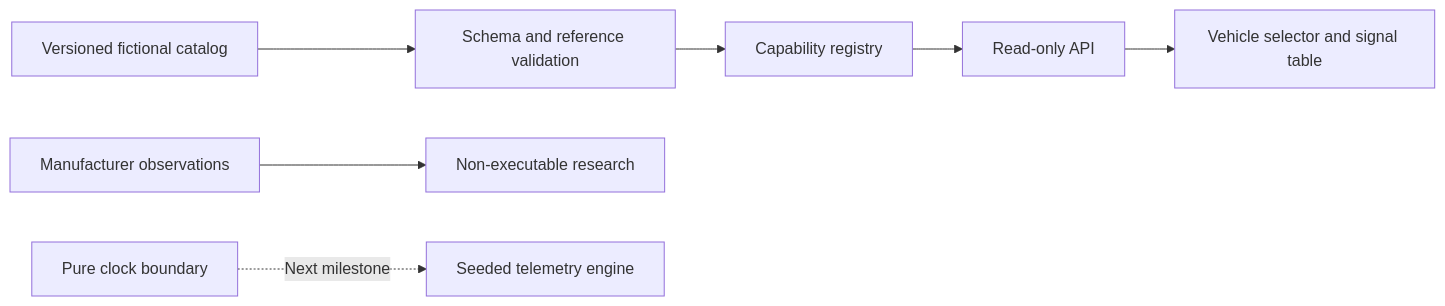
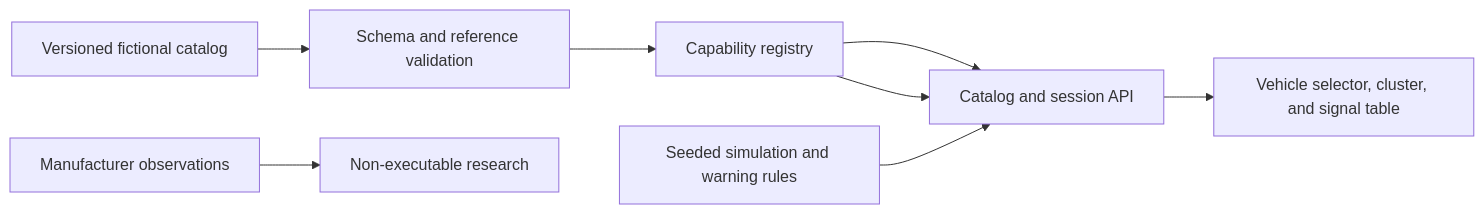
One commit to HJXCODE-810/AutoMate-AI-native-automotive-intelligence changed the diagram in README.md. Above: the diagram before and after it, drawn with Mermaid. The commit also changed other lines of this file and 19 other files, not shown here.

Commit message:
Add deterministic vehicle simulation sessions

````diff
--- a/README.md
+++ b/README.md
@@ -56,9 +56,10 @@
 ```mermaid
 flowchart LR
   Seed[Versioned fictional catalog] --> Validation[Schema and reference validation]
   Validation --> Registry[Capability registry]
-  Registry --> API[Read-only API]
-  API --> UI[Vehicle selector and signal table]
+  Registry --> API[Catalog and session API]
+  Simulator[Seeded simulation and warning rules] --> API
+  Registry --> API
+  API --> UI[Vehicle selector, cluster, and signal table]
   Manuals[Manufacturer observations] --> Research[Non-executable research]
-  Clock[Pure clock boundary] -. Next milestone .-> Simulator[Seeded telemetry engine]
 ```
````
